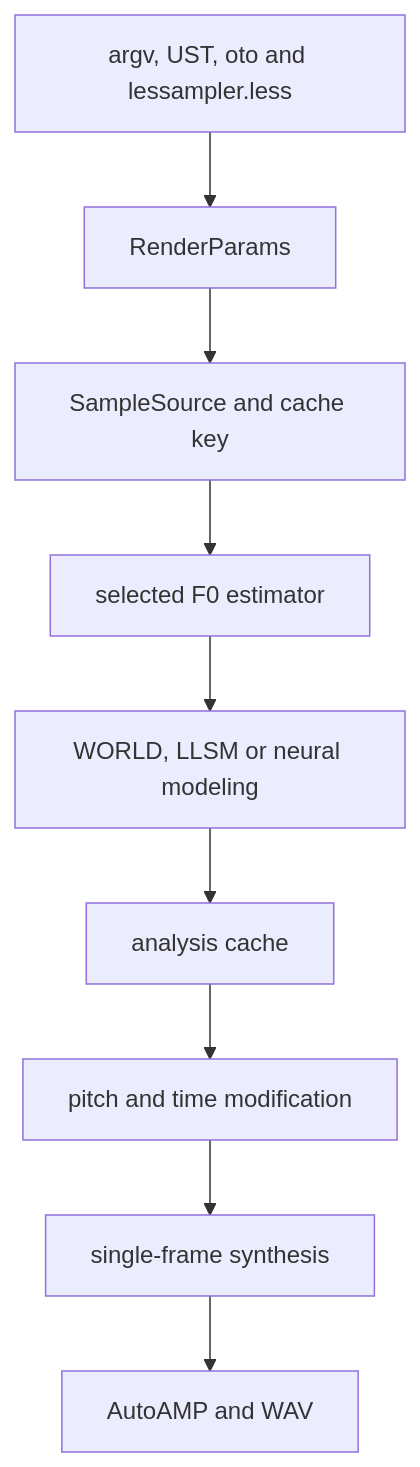
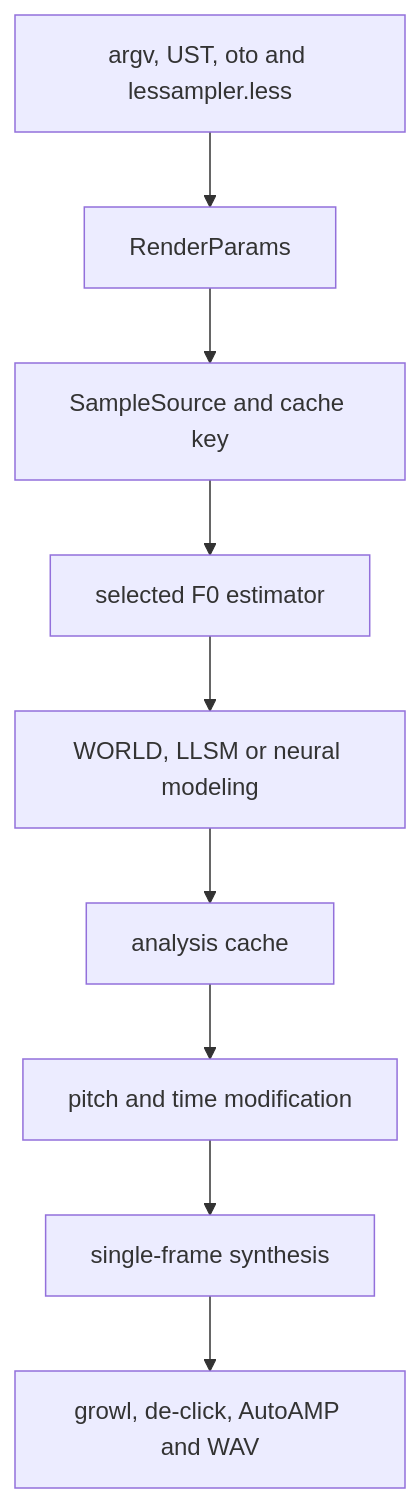
The diagram in docs/src/content/docs/processing/index.md (YuzukiTsuru/lessampler), drawn with Mermaid before and after one commit. The commit also changed 16 other files, not shown here.

````diff
--- a/docs/src/content/docs/processing/index.md
+++ b/docs/src/content/docs/processing/index.md
@@ -8,11 +8,11 @@
 ```mermaid
 flowchart TD
     A["argv, UST, oto and lessampler.less"] --> B["RenderParams"]
     B --> C["SampleSource and cache key"]
     C --> D["selected F0 estimator"]
     D --> E["WORLD, LLSM or neural modeling"]
     E --> F["analysis cache"]
     F --> G["pitch and time modification"]
     G --> H["single-frame synthesis"]
-    H --> I["AutoAMP and WAV"]
+    H --> I["growl, de-click, AutoAMP and WAV"]
 ```
````
